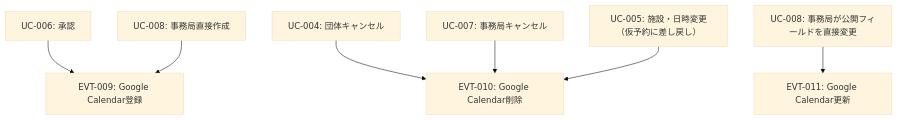
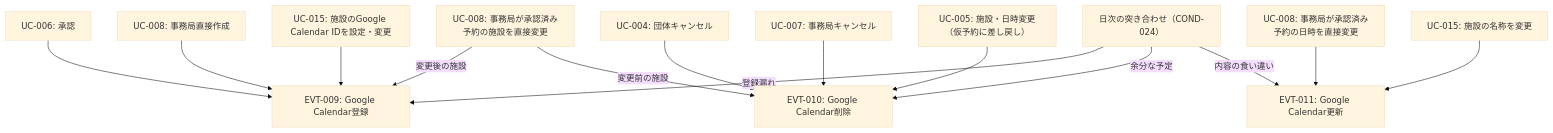
The second of 3 diagrams in rdra/contexts/calendar-integration.md (gdsc-osaka/iclub-reserve), drawn with Mermaid (base theme) before and after one commit. The commit also changed other lines of this file and 6 other files, not shown here.

First line of the commit message:
docs: Google Calendar の同期の規則とカレンダーの持ち方を決める（COND-024・COND-025）

````diff
--- a/rdra/contexts/calendar-integration.md
+++ b/rdra/contexts/calendar-integration.md
@@ -101,9 +131,16 @@
 ```mermaid
 graph TB
     uc006["UC-006: 承認"] --> evt009["EVT-009: Google Calendar登録"]
     uc008c["UC-008: 事務局直接作成"] --> evt009
+    uc008f["UC-008: 事務局が承認済み予約の施設を直接変更"] -->|変更後の施設| evt009
+    uc015id["UC-015: 施設のGoogle Calendar IDを設定・変更"] --> evt009
     uc004["UC-004: 団体キャンセル"] --> evt010["EVT-010: Google Calendar削除"]
     uc007["UC-007: 事務局キャンセル"] --> evt010
     uc005["UC-005: 施設・日時変更（仮予約に差し戻し）"] --> evt010
-    uc008u["UC-008: 事務局が公開フィールドを直接変更"] --> evt011["EVT-011: Google Calendar更新"]
+    uc008f -->|変更前の施設| evt010
+    uc008t["UC-008: 事務局が承認済み予約の日時を直接変更"] --> evt011["EVT-011: Google Calendar更新"]
+    uc015name["UC-015: 施設の名称を変更"] --> evt011
+    daily["日次の突き合わせ（COND-024）"] -->|登録漏れ| evt009
+    daily -->|余分な予定| evt010
+    daily -->|内容の食い違い| evt011
 ```
````
